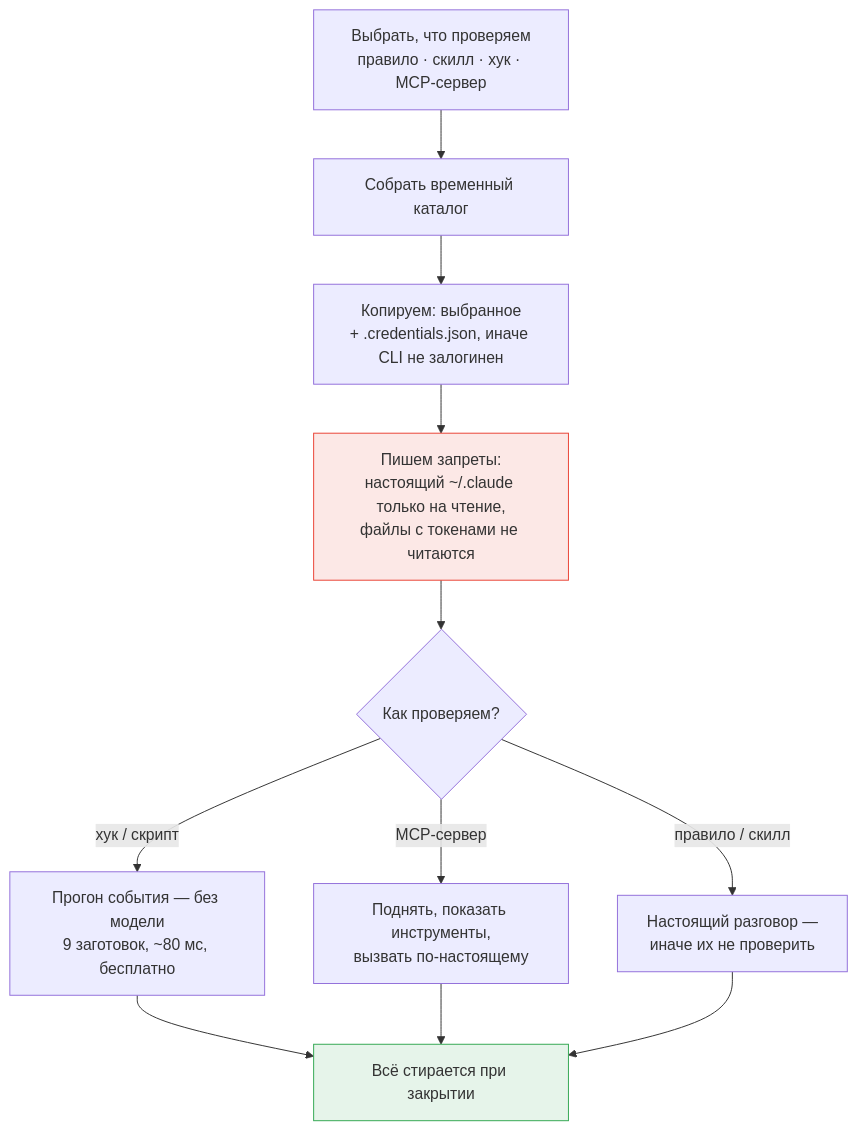
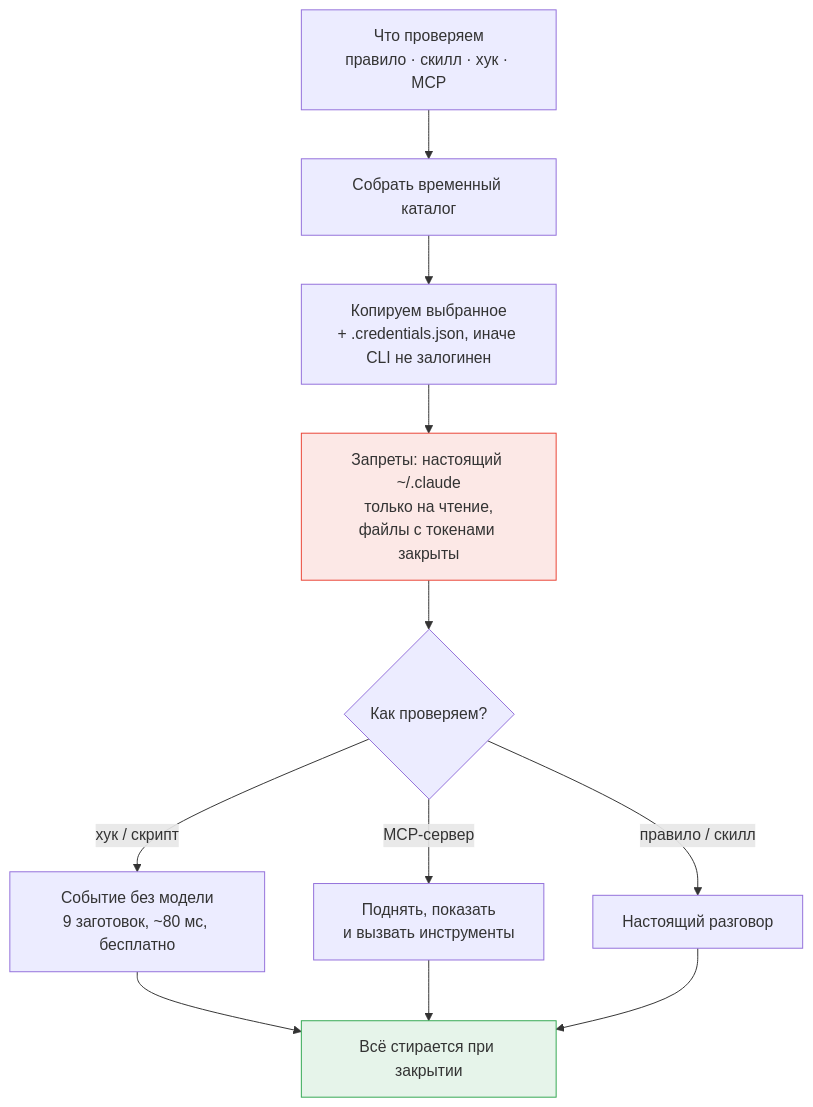
The second of 2 diagrams in README.ru.md (rusyander/claude-control), drawn with Mermaid before and after one commit. The commit also changed other lines of this file and 104 other files, not shown here.

````diff
--- a/README.ru.md
+++ b/README.ru.md
@@ -142,16 +143,16 @@
 ```mermaid
 flowchart TD
-    PICK["Выбрать, что проверяем<br/>правило · скилл · хук · MCP-сервер"] --> BUILD["Собрать временный каталог"]
-    BUILD --> COPY["Копируем: выбранное<br/>+ .credentials.json, иначе CLI не залогинен"]
-    COPY --> DENY["Пишем запреты:<br/>настоящий ~/.claude только на чтение,<br/>файлы с токенами не читаются"]
+    PICK["Что проверяем<br/>правило · скилл · хук · MCP"] --> BUILD["Собрать временный каталог"]
+    BUILD --> COPY["Копируем выбранное<br/>+ .credentials.json, иначе CLI не залогинен"]
+    COPY --> DENY["Запреты: настоящий ~/.claude<br/>только на чтение,<br/>файлы с токенами закрыты"]
     DENY --> RUN{"Как проверяем?"}
-    RUN -->|"хук / скрипт"| PROBE["Прогон события — без модели<br/>9 заготовок, ~80 мс, бесплатно"]
-    RUN -->|"MCP-сервер"| TOOLS["Поднять, показать инструменты,<br/>вызвать по-настоящему"]
-    RUN -->|"правило / скилл"| CHAT["Настоящий разговор —<br/>иначе их не проверить"]
+    RUN -->|"хук / скрипт"| PROBE["Событие без модели<br/>9 заготовок, ~80 мс, бесплатно"]
+    RUN -->|"MCP-сервер"| TOOLS["Поднять, показать<br/>и вызвать инструменты"]
+    RUN -->|"правило / скилл"| CHAT["Настоящий разговор"]
     PROBE --> DROP["Всё стирается при закрытии"]
     TOOLS --> DROP
     CHAT --> DROP
 
     style DENY fill:#fce8e6,stroke:#ea4335
     style DROP fill:#e6f4ea,stroke:#34a853
 ```
````
